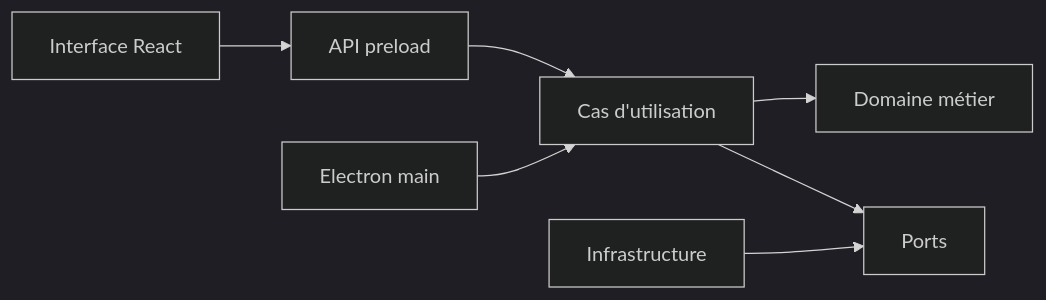
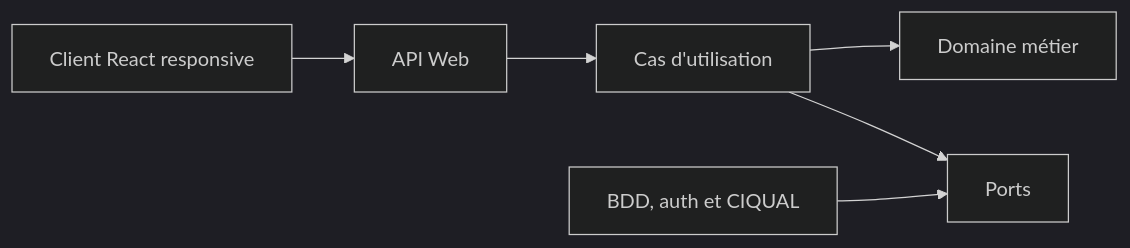
Before and after one commit to Amine845/Processus-du-developpement-logiciel: the first of 2 diagrams in docs/architecture/overview.md, drawn with Mermaid (dark theme). The commit also changed other lines of this file and 31 other files, not shown here.

Commit message:
docs(project): align scope and architecture with PO feedback

````diff
--- a/docs/architecture/overview.md
+++ b/docs/architecture/overview.md
@@ -17,9 +18,8 @@
 ```mermaid
 flowchart LR
-    UI[Interface React] --> PRELOAD[API preload]
-    PRELOAD --> USECASES[Cas d'utilisation]
-    USECASES --> DOMAIN[Domaine métier]
-    USECASES --> PORTS[Ports]
-    INFRA[Infrastructure] --> PORTS
-    MAIN[Electron main] --> USECASES
+    UI[Client React responsive] --> API[API Web]
+    API --> APP[Cas d'utilisation]
+    APP --> DOMAIN[Domaine métier]
+    APP --> PORTS[Ports]
+    INFRA[BDD, auth et CIQUAL] --> PORTS
 ```
````
